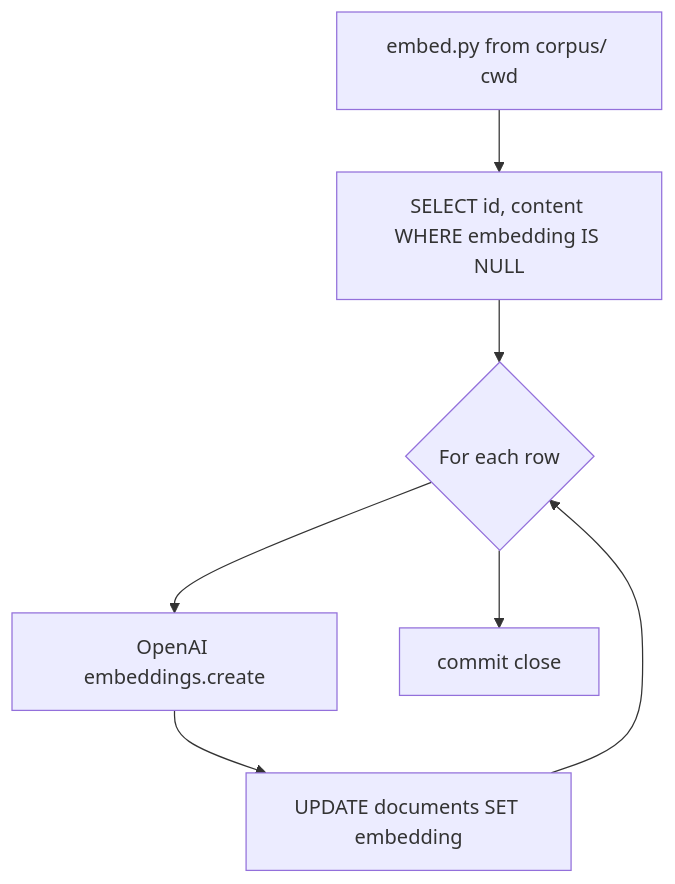
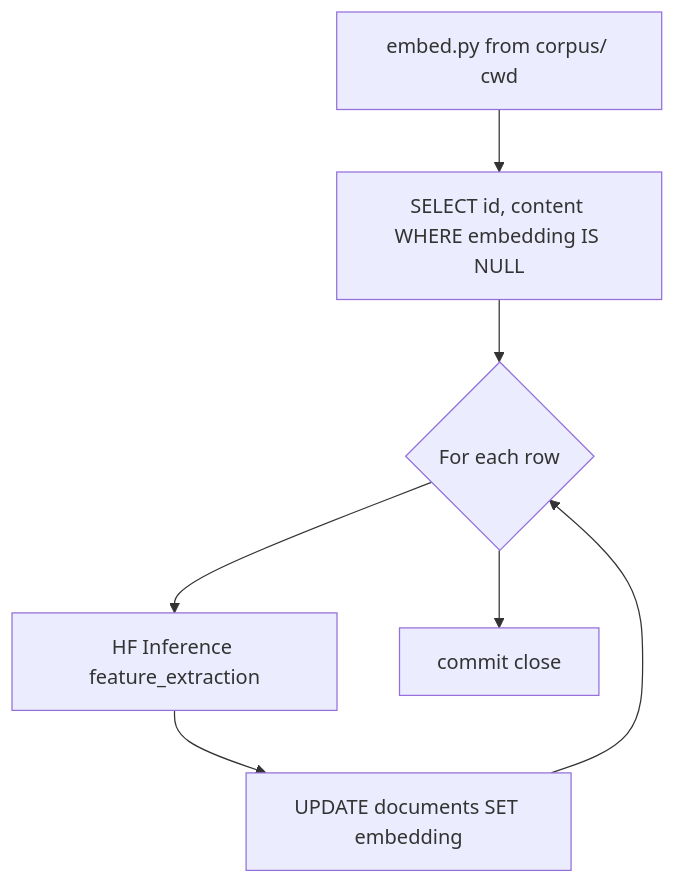
Before and after one commit to mattburnett-repo/chat-mvp: the fourth of 4 diagrams in docs/ingestion-pipeline.md, drawn with Mermaid. The commit also changed other lines of this file and 13 other files, not shown here.

````diff
--- a/docs/ingestion-pipeline.md
+++ b/docs/ingestion-pipeline.md
@@ -54,9 +54,9 @@
 ```mermaid
 flowchart TD
   E[embed.py from corpus/ cwd] --> SEL[SELECT id, content WHERE embedding IS NULL]
   SEL --> LOOP{For each row}
-  LOOP --> OAI[OpenAI embeddings.create]
-  OAI --> UPD[UPDATE documents SET embedding]
+  LOOP --> HF[HF Inference feature_extraction]
+  HF --> UPD[UPDATE documents SET embedding]
   UPD --> LOOP
   LOOP --> DONE[commit close]
 ```
````
